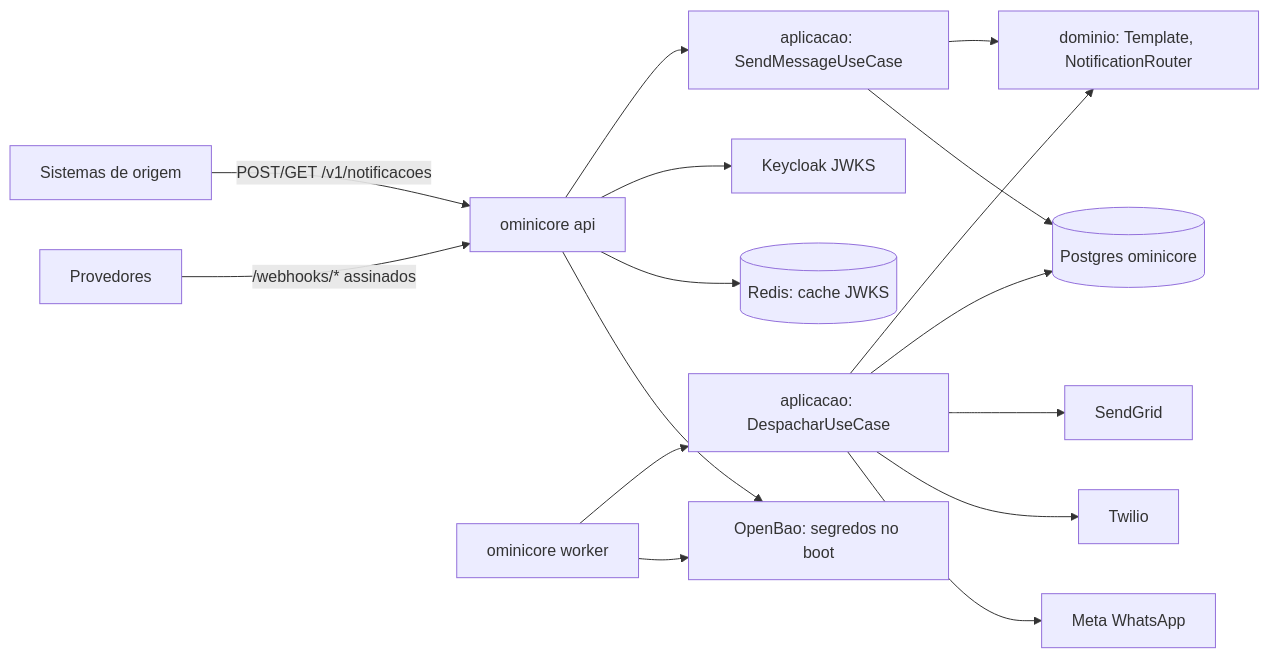
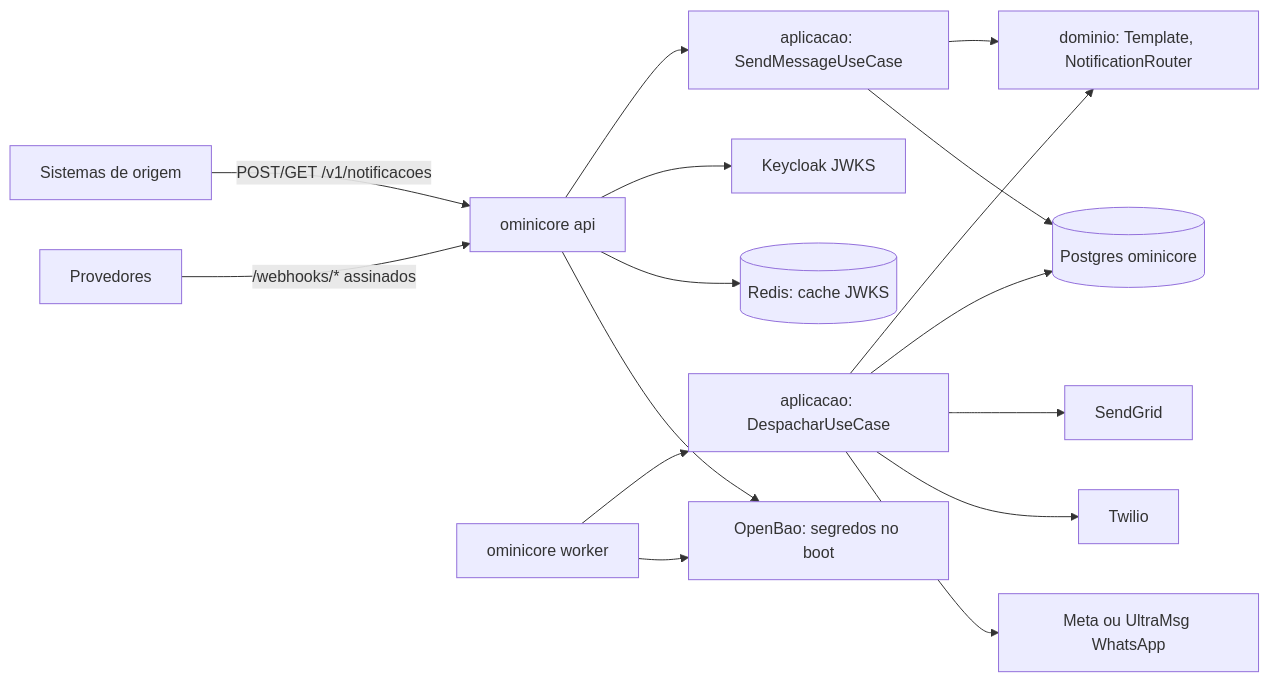
One commit to mauriciomiwa/ominicore-service changed the diagram in DOC/System/mapa/visao-geral.md. Above: the diagram before and after it, drawn with Mermaid. The commit also changed other lines of this file and 47 other files, not shown here.

First line of the commit message:
Fatia 8 (08-whatsapp-ultramsg): WhatsApp pelo UltraMsg

````diff
--- a/DOC/System/mapa/visao-geral.md
+++ b/DOC/System/mapa/visao-geral.md
@@ -13,16 +13,16 @@
 ```mermaid
 graph LR
   S[Sistemas de origem] -->|POST/GET /v1/notificacoes| API[ominicore api]
   PV[Provedores] -->|/webhooks/* assinados| API
   API --> APP[aplicacao: SendMessageUseCase]
   W[ominicore worker] --> DESP[aplicacao: DespacharUseCase]
   APP --> DOM[dominio: Template, NotificationRouter]
   DESP --> DOM
   APP & DESP --> PG[(Postgres ominicore)]
   DESP --> SG[SendGrid]
   DESP --> TW[Twilio]
-  DESP --> WA[Meta WhatsApp]
+  DESP --> WA[Meta ou UltraMsg WhatsApp]
   API --> KC[Keycloak JWKS]
   API --> RD[(Redis: cache JWKS)]
   API & W --> BAO[OpenBao: segredos no boot]
 ```
````
